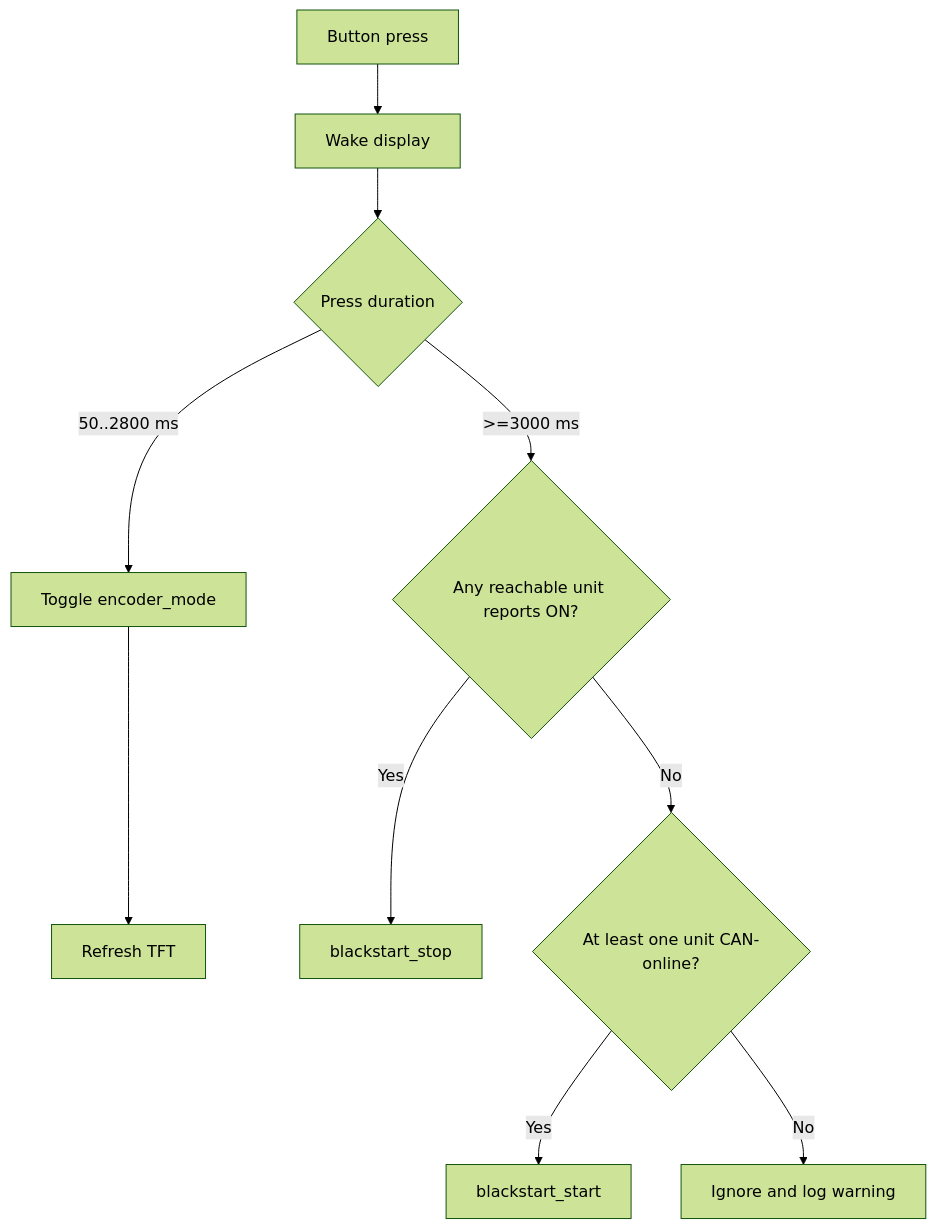
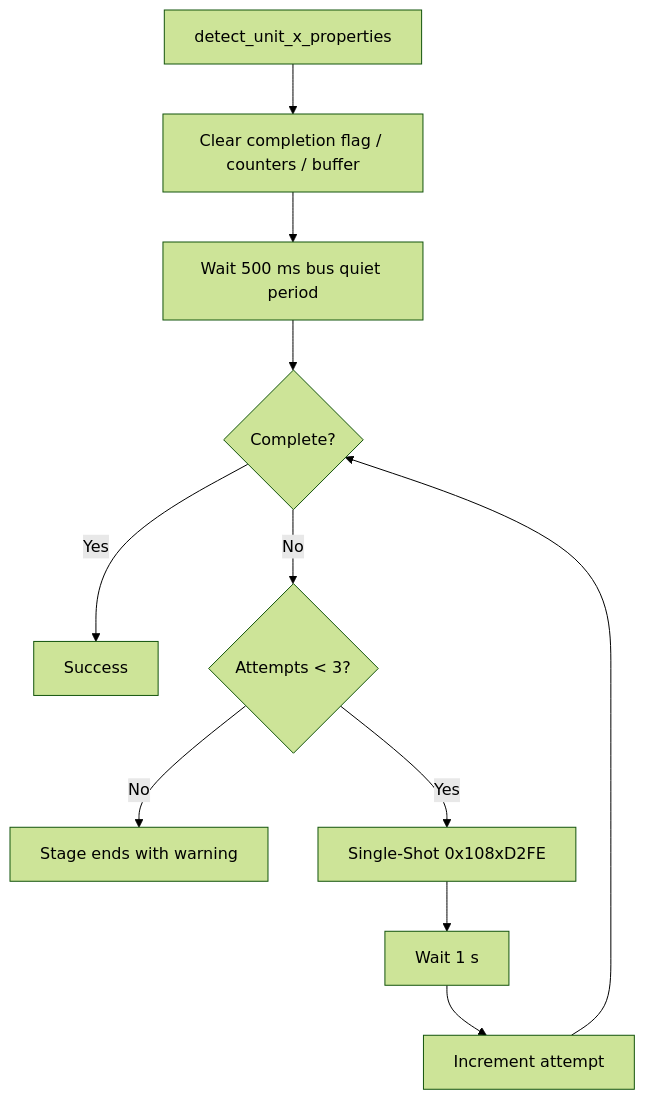
One commit to anwa/esphome-r4875g1-3phase-charger changed the ninth of 26 diagrams in R4875G1_CONTROL_FLOWS.md. Above: the diagram before and after it, drawn with Mermaid (forest theme). The commit also changed other lines of this file and 1 other file, not shown here.

First line of the commit message:
Synchronize CAN lifecycle and recovery documentation

````diff
--- a/R4875G1_CONTROL_FLOWS.md
+++ b/R4875G1_CONTROL_FLOWS.md
@@ -157,14 +297,13 @@
 ```mermaid
 flowchart TD
-    A[Button press] --> B[Wake display]
-    B --> C{Press duration}
-
-    C -- 50..2800 ms --> D[Toggle encoder_mode]
-    D --> E[Refresh TFT]
-
-    C -- >=3000 ms --> F{Any reachable unit reports ON?}
-    F -- Yes --> G[blackstart_stop]
-    F -- No --> H{At least one unit CAN-online?}
-    H -- Yes --> I[blackstart_start]
-    H -- No --> J[Ignore and log warning]
+    A[detect_unit_x_properties] --> B[Clear completion flag / counters / buffer]
+    B --> C[Wait 500 ms bus quiet period]
+    C --> D{Complete?}
+    D -- Yes --> OK[Success]
+    D -- No --> E{Attempts < 3?}
+    E -- No --> FAIL[Stage ends with warning]
+    E -- Yes --> F[Single-Shot 0x108xD2FE]
+    F --> G[Wait 1 s]
+    G --> H[Increment attempt]
+    H --> D
 ```
````
